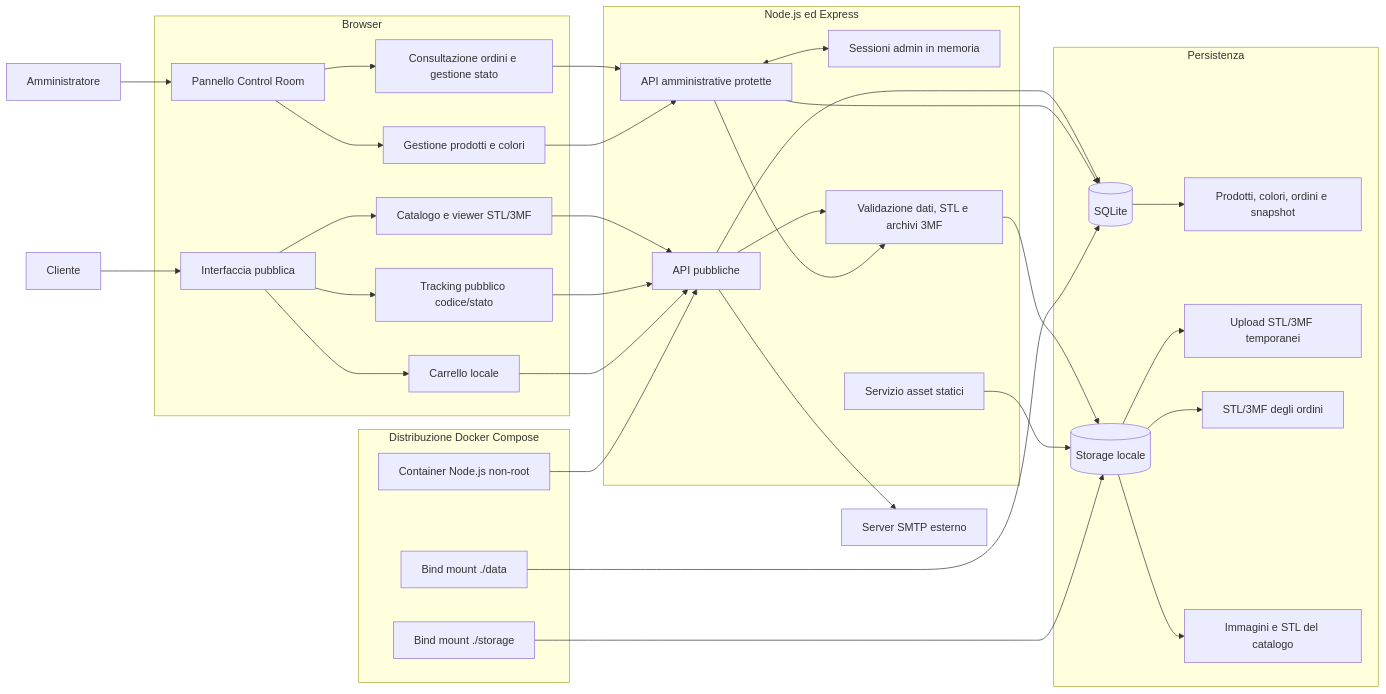
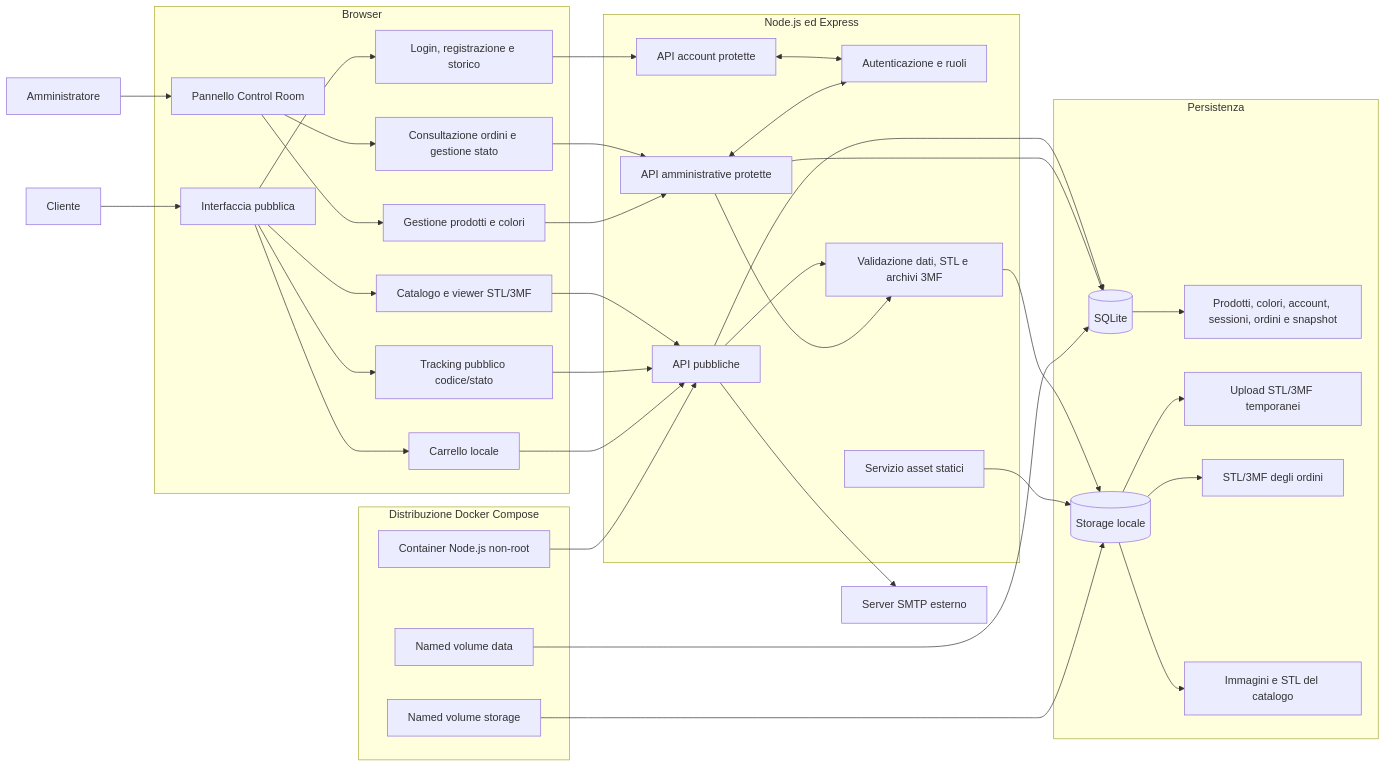
Before and after one commit to Moffoletta/pixel-print-lab: the first of 4 diagrams in docs/ARCHITETTURA.md, drawn with Mermaid. The commit also changed other lines of this file and 19 other files, not shown here.

````diff
--- a/docs/ARCHITETTURA.md
+++ b/docs/ARCHITETTURA.md
@@ -15,59 +15,64 @@
 ```mermaid
 flowchart LR
   Cliente[Cliente]
   Admin[Amministratore]
 
   subgraph Browser
     Pubblica[Interfaccia pubblica]
+    AccountUI[Login, registrazione e storico]
     Pannello[Pannello Control Room]
     Pubblica --> CatalogoUI[Catalogo e viewer STL/3MF]
     Pubblica --> TrackingUI[Tracking pubblico codice/stato]
     Pubblica --> Carrello[Carrello locale]
+    Pubblica --> AccountUI
     Pannello --> OrdiniUI[Consultazione ordini e gestione stato]
     Pannello --> CatalogoAdmin[Gestione prodotti e colori]
   end
 
   subgraph Server[Node.js ed Express]
     API[API pubbliche]
+    APIAccount[API account protette]
     APIAdmin[API amministrative protette]
-    Sessioni[Sessioni admin in memoria]
+    Auth[Autenticazione e ruoli]
     Validazione[Validazione dati, STL e archivi 3MF]
     Asset[Servizio asset statici]
-    APIAdmin <--> Sessioni
+    APIAccount <--> Auth
+    APIAdmin <--> Auth
     API --> Validazione
     APIAdmin --> Validazione
   end
 
   subgraph Persistenza
     DB[(SQLite)]
     Storage[(Storage locale)]
-    DB --> Tabelle[Prodotti, colori, ordini e snapshot]
+    DB --> Tabelle[Prodotti, colori, account, sessioni, ordini e snapshot]
     Storage --> Upload[Upload STL/3MF temporanei]
     Storage --> FileOrdini[STL/3MF degli ordini]
     Storage --> FileCatalogo[Immagini e STL del catalogo]
   end
 
   SMTP[Server SMTP esterno]
 
   subgraph Docker[Distribuzione Docker Compose]
     Container[Container Node.js non-root]
-    BindData[Bind mount ./data]
-    BindStorage[Bind mount ./storage]
+    VolumeData[Named volume data]
+    VolumeStorage[Named volume storage]
   end
 
   Cliente --> Pubblica
   Admin --> Pannello
   CatalogoUI --> API
   TrackingUI --> API
   Carrello --> API
+  AccountUI --> APIAccount
   OrdiniUI --> APIAdmin
   CatalogoAdmin --> APIAdmin
   API --> DB
   APIAdmin --> DB
   Validazione --> Storage
   Asset --> Storage
   API --> SMTP
   Container --> API
-  BindData --> DB
-  BindStorage --> Storage
+  VolumeData --> DB
+  VolumeStorage --> Storage
 ```
````
